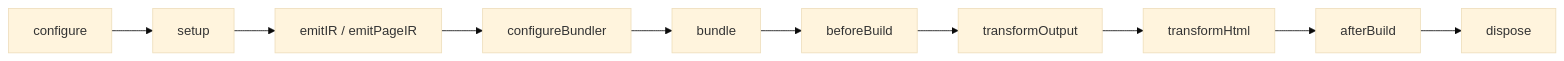
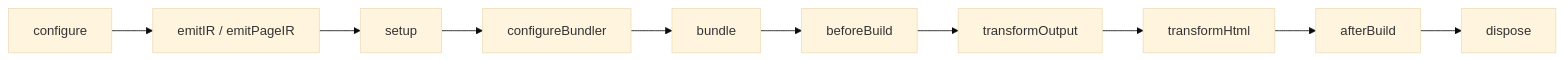
One commit to afx-team/evjs changed the diagram in docs/docs/plugin-hooks.md. Above: the diagram before and after it, drawn with Mermaid (base theme). The commit also changed other lines of this file and 18 other files, not shown here.

````diff
--- a/docs/docs/plugin-hooks.md
+++ b/docs/docs/plugin-hooks.md
@@ -13,12 +13,12 @@
 ```mermaid
 flowchart LR
-  Configure["configure"] --> Setup["setup"]
-  Setup --> Generate["emitIR / emitPageIR"]
-  Generate --> Bundler["configureBundler"]
+  Configure["configure"] --> Generate["emitIR / emitPageIR"]
+  Generate --> Setup["setup"]
+  Setup --> Bundler["configureBundler"]
   Bundler --> Build["bundle"]
   Build --> Before["beforeBuild"]
   Before --> Output["transformOutput"]
   Output --> HTML["transformHtml"]
   HTML --> After["afterBuild"]
   After --> Dispose["dispose"]
 ```
````
